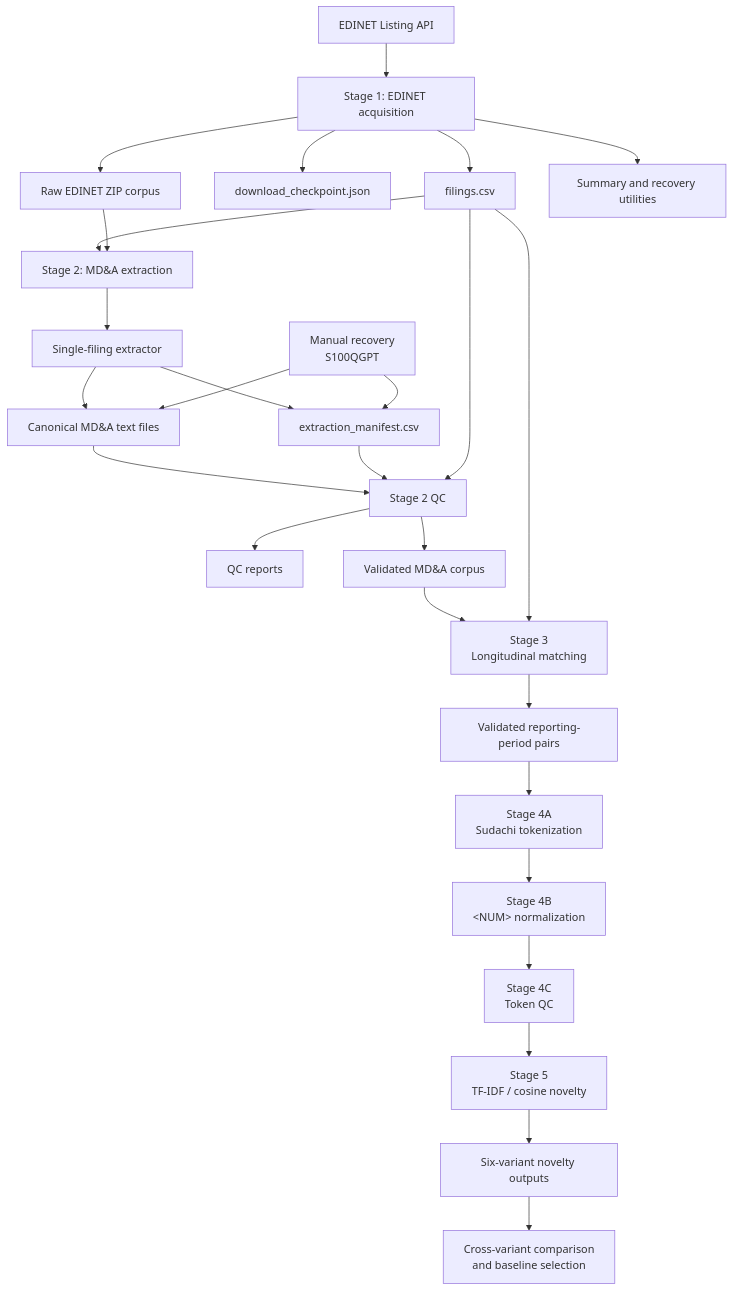
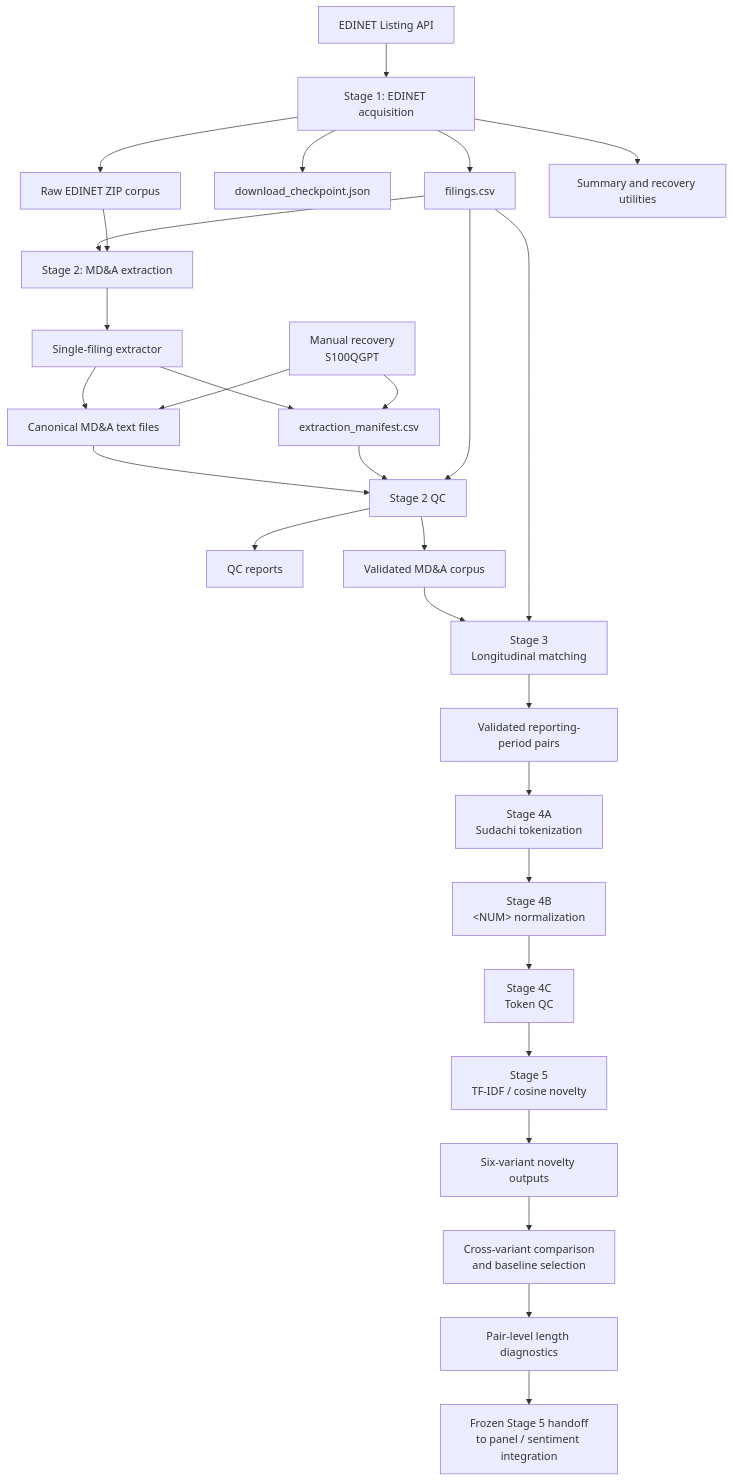
One commit to markblefevre/phd_research_pipeline changed the first of 6 diagrams in docs/paper2/pipeline_overview.md. Above: the diagram before and after it, drawn with Mermaid. The commit also changed other lines of this file and 1 other file, not shown here.

````diff
--- a/docs/paper2/pipeline_overview.md
+++ b/docs/paper2/pipeline_overview.md
@@ -19,37 +19,39 @@
 ```mermaid
 flowchart TD
 
     A[EDINET Listing API] --> B[Stage 1: EDINET acquisition]
 
     B --> C[filings.csv]
     B --> D[download_checkpoint.json]
     B --> E[Raw EDINET ZIP corpus]
     B --> F[Summary and recovery utilities]
 
     C --> G[Stage 2: MD&A extraction]
     E --> G
 
     G --> H[Single-filing extractor]
     H --> I[Canonical MD&A text files]
     H --> J[extraction_manifest.csv]
 
     I --> K[Stage 2 QC]
     J --> K
     C --> K
 
     K --> L[QC reports]
     K --> M[Validated MD&A corpus]
 
     N[Manual recovery<br/>S100QGPT] --> I
     N --> J
 
     M --> O[Stage 3<br/>Longitudinal matching]
     C --> O
     O --> P[Validated reporting-period pairs]
     P --> Q[Stage 4A<br/>Sudachi tokenization]
     Q --> R[Stage 4B<br/>&lt;NUM&gt; normalization]
     R --> S[Stage 4C<br/>Token QC]
     S --> T[Stage 5<br/>TF-IDF / cosine novelty]
     T --> U[Six-variant novelty outputs]
     U --> V[Cross-variant comparison<br/>and baseline selection]
+    V --> W[Pair-level length diagnostics]
+    W --> X[Frozen Stage 5 handoff<br/>to panel / sentiment integration]
 ```
````
